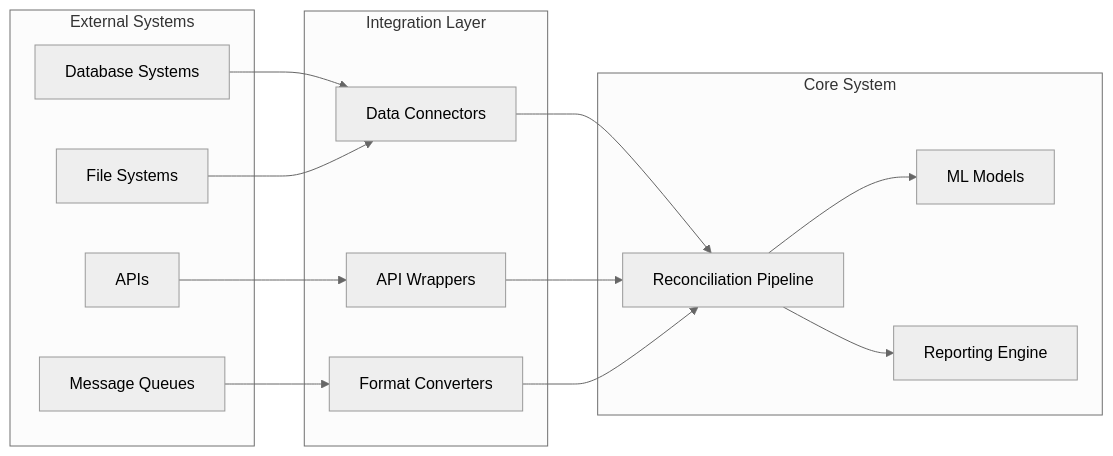
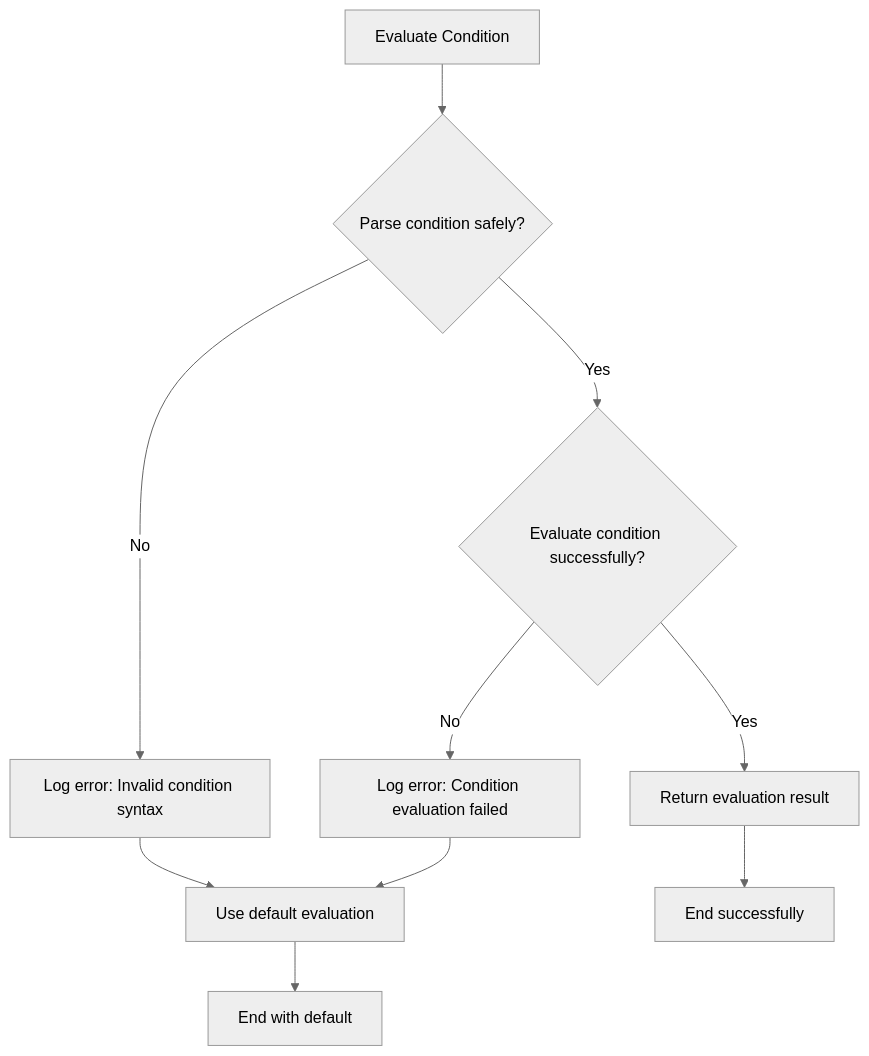
Before and after one commit to ksmadhavareddy/recon-ai: diagram 22 of 30 in docs/DIAGRAMS.md, drawn with Mermaid (neutral theme). The commit also changed other lines of this file and 14 other files, not shown here.

````diff
--- a/docs/DIAGRAMS.md
+++ b/docs/DIAGRAMS.md
@@ -527,31 +457,13 @@
 ```mermaid
-graph LR
-    subgraph "External Systems"
-        A[Database Systems]
-        B[File Systems]
-        C[APIs]
-        D[Message Queues]
-    end
+graph TD
+    A[Evaluate Condition] --> B{Parse condition safely?}
+    B -->|No| C[Log error: Invalid condition syntax]
+    B -->|Yes| D{Evaluate condition successfully?}
+    D -->|No| E[Log error: Condition evaluation failed]
+    D -->|Yes| F[Return evaluation result]
     
-    subgraph "Integration Layer"
-        E[Data Connectors]
-        F[API Wrappers]
-        G[Format Converters]
-    end
-    
-    subgraph "Core System"
-        H[Reconciliation Pipeline]
-        I[ML Models]
-        J[Reporting Engine]
-    end
-    
-    A --> E
-    B --> E
-    C --> F
-    D --> G
-    E --> H
-    F --> H
-    G --> H
-    H --> I
-    H --> J
+    C --> G[Use default evaluation]
+    E --> G
+    G --> H[End with default]
+    F --> I[End successfully]
 ```
````
